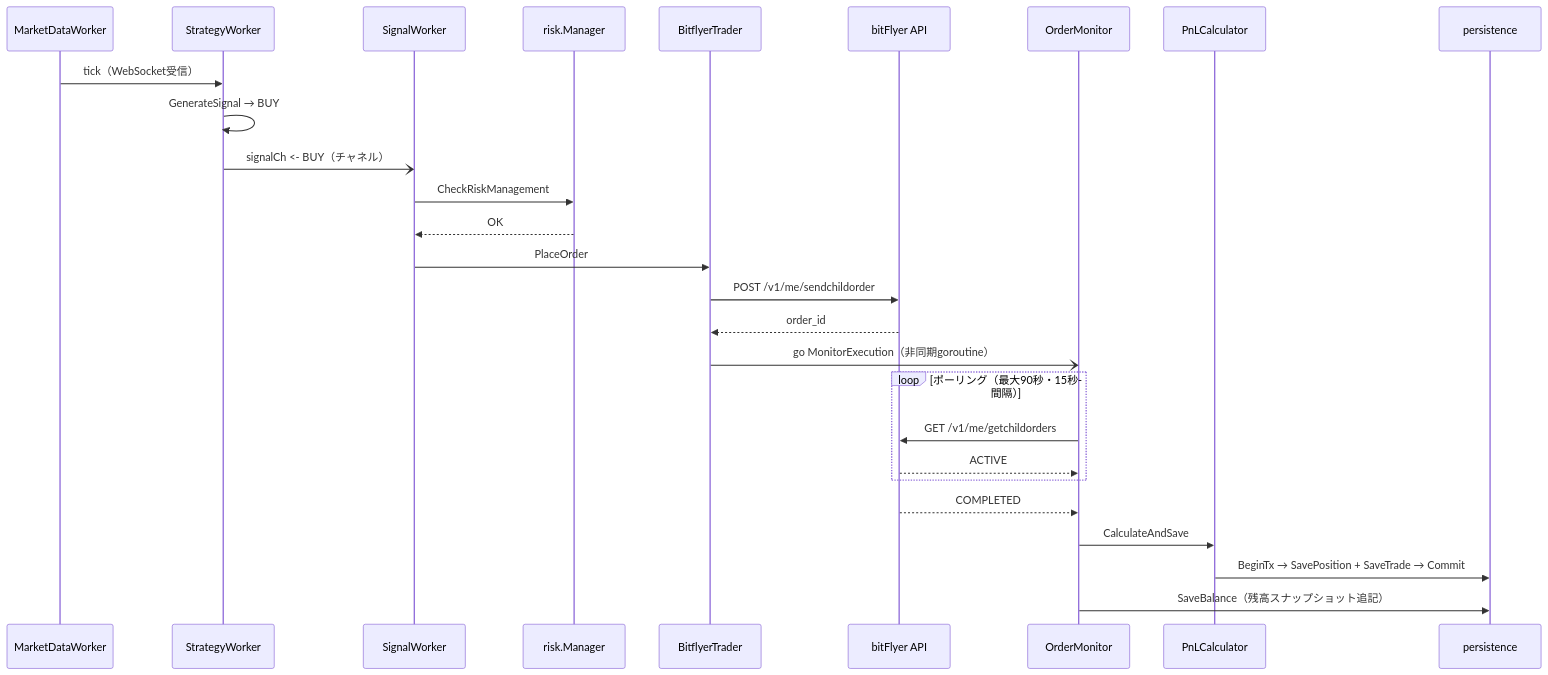
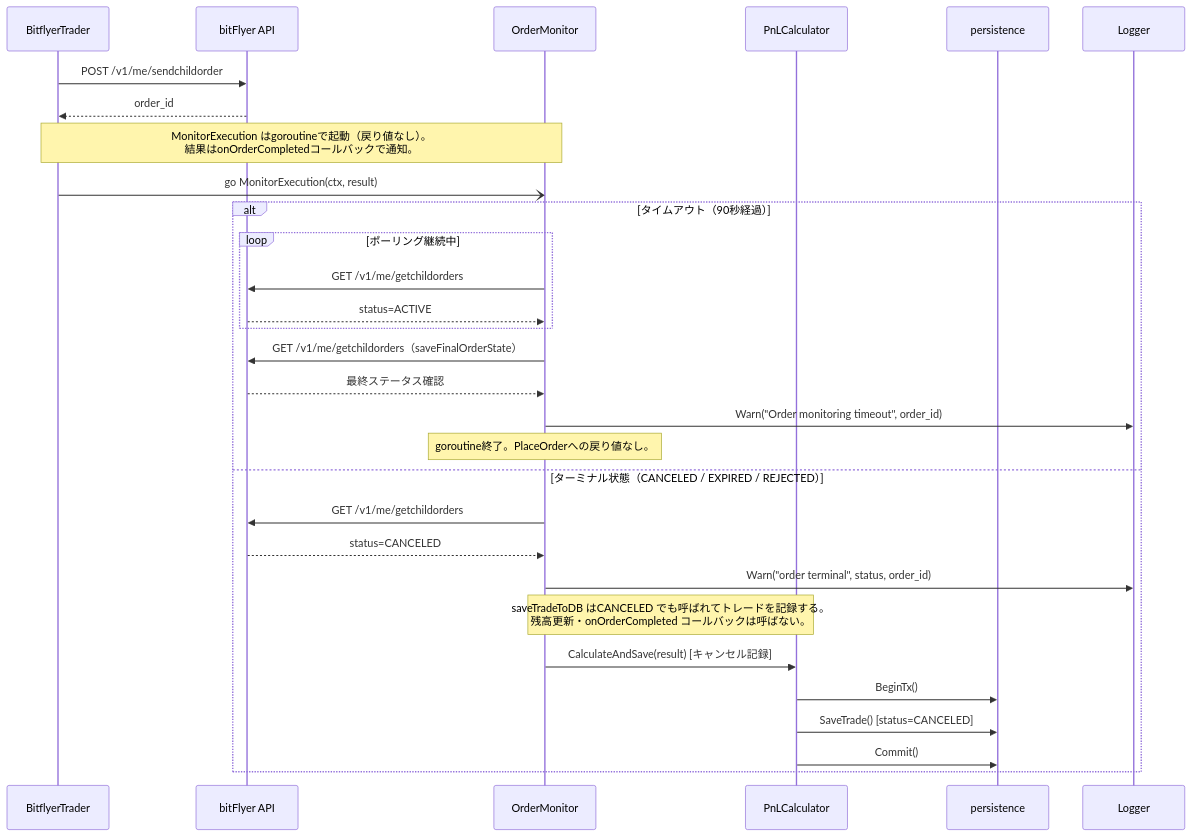
The ninth of 12 diagrams in content/ja/posts/introducing-gogocoin.md (bmf-san/bmf-tech), drawn with Mermaid before and after one commit. The commit also changed other lines of this file and 1 other file, not shown here.

Commit message:
feat: C4図・完全ユースケース図・全シーケンス図・完全ER図を追加 (en+ja)

````diff
--- a/content/ja/posts/introducing-gogocoin.md
+++ b/content/ja/posts/introducing-gogocoin.md
@@ -141,30 +373,34 @@
 ```mermaid
 sequenceDiagram
-    participant MW as MarketDataWorker
-    participant SW as StrategyWorker
-    participant SigW as SignalWorker
-    participant RM as risk.Manager
     participant TR as BitflyerTrader
     participant BF as bitFlyer API
     participant OM as OrderMonitor
     participant PNL as PnLCalculator
     participant DB as persistence
+    participant LOG as Logger
 
-    MW->>SW: tick（WebSocket受信）
-    SW->>SW: GenerateSignal → BUY
-    SW-)SigW: signalCh <- BUY（チャネル）
-    SigW->>RM: CheckRiskManagement
-    RM-->>SigW: OK
-    SigW->>TR: PlaceOrder
     TR->>BF: POST /v1/me/sendchildorder
     BF-->>TR: order_id
-    TR-)OM: go MonitorExecution（非同期goroutine）
-    loop ポーリング（最大90秒・15秒間隔）
+    note over TR,OM: MonitorExecution はgoroutineで起動（戻り値なし）。<br/>結果はonOrderCompletedコールバックで通知。
+    TR-)OM: go MonitorExecution(ctx, result)
+
+    alt タイムアウト（90秒経過）
+        loop ポーリング継続中
+            OM->>BF: GET /v1/me/getchildorders
+            BF-->>OM: status=ACTIVE
+        end
+        OM->>BF: GET /v1/me/getchildorders（saveFinalOrderState）
+        BF-->>OM: 最終ステータス確認
+        OM->>LOG: Warn("Order monitoring timeout", order_id)
+        note over OM: goroutine終了。PlaceOrderへの戻り値なし。
+    else ターミナル状態（CANCELED / EXPIRED / REJECTED）
         OM->>BF: GET /v1/me/getchildorders
-        BF-->>OM: ACTIVE
+        BF-->>OM: status=CANCELED
+        OM->>LOG: Warn("order terminal", status, order_id)
+        note over OM,PNL: saveTradeToDB はCANCELED でも呼ばれてトレードを記録する。<br/>残高更新・onOrderCompleted コールバックは呼ばない。
+        OM->>PNL: CalculateAndSave(result) [キャンセル記録]
+        PNL->>DB: BeginTx()
+        PNL->>DB: SaveTrade() [status=CANCELED]
+        PNL->>DB: Commit()
     end
-    BF-->>OM: COMPLETED
-    OM->>PNL: CalculateAndSave
-    PNL->>DB: BeginTx → SavePosition + SaveTrade → Commit
-    OM->>DB: SaveBalance（残高スナップショット追記）
 ```
````
